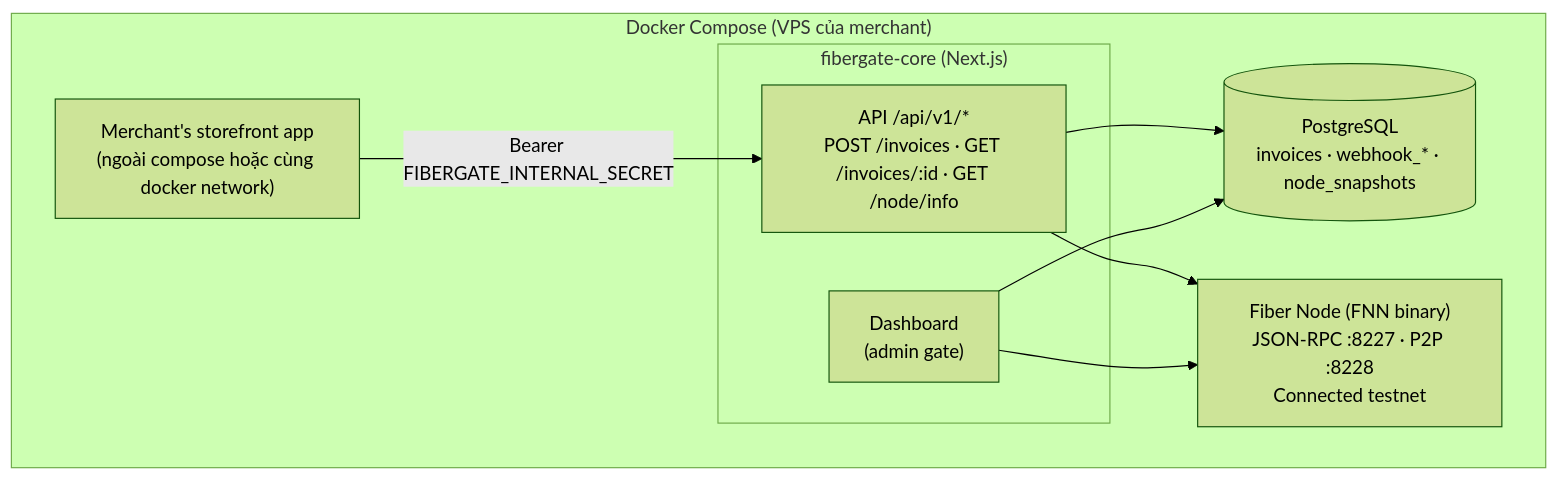
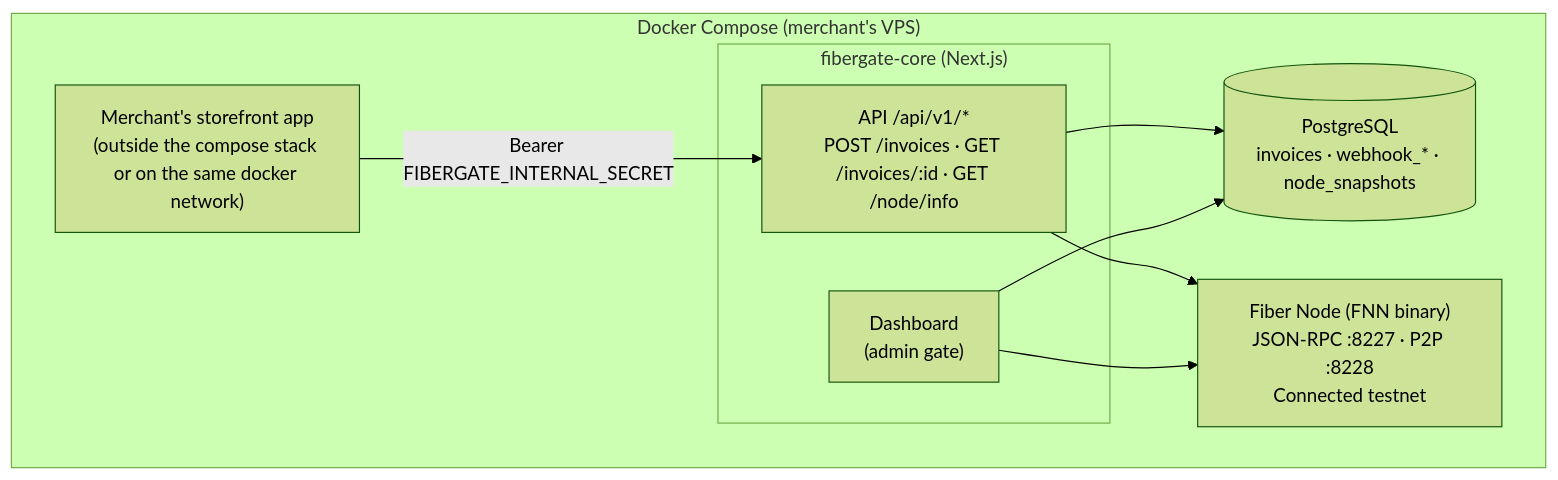
Before and after one commit to tiennt0212/FiberGate: the first of 4 diagrams in .context/architecture/system-design.md, drawn with Mermaid (forest theme). The commit also changed other lines of this file and 15 other files, not shown here.

````diff
--- a/.context/architecture/system-design.md
+++ b/.context/architecture/system-design.md
@@ -33,18 +33,18 @@
 ```mermaid
 flowchart TB
-    subgraph VPS["Docker Compose (VPS của merchant)"]
-        SF["Merchant's storefront app<br/>(ngoài compose hoặc cùng docker network)"]
+    subgraph VPS["Docker Compose (merchant's VPS)"]
+        SF["Merchant's storefront app<br/>(outside the compose stack or on the same docker network)"]
         subgraph Core["fibergate-core (Next.js)"]
             Dash["Dashboard<br/>(admin gate)"]
             API["API /api/v1/*<br/>POST /invoices · GET /invoices/:id · GET /node/info"]
         end
         DB[("PostgreSQL<br/>invoices · webhook_* · node_snapshots")]
         Node["Fiber Node (FNN binary)<br/>JSON-RPC :8227 · P2P :8228<br/>Connected testnet"]
 
         SF -->|"Bearer FIBERGATE_INTERNAL_SECRET"| API
         API --> DB
         API --> Node
         Dash --> DB
         Dash --> Node
     end
 ```
````
